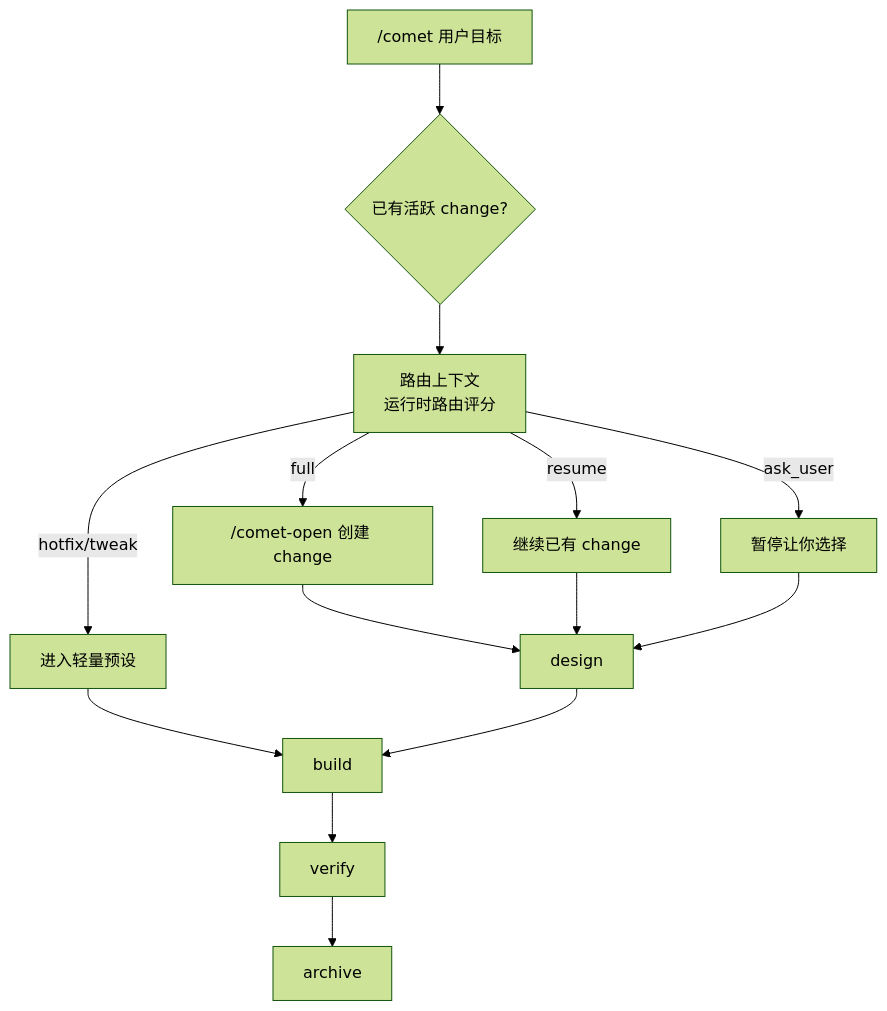
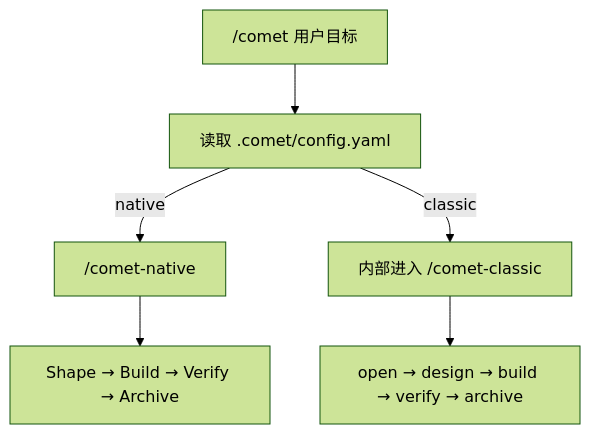
One commit to rpamis/comet-website-docs changed the diagram in zh/quickstart.mdx. Above: the diagram before and after it, drawn with Mermaid (forest theme). The commit also changed other lines of this file and 114 other files, not shown here.

````diff
--- a/zh/quickstart.mdx
+++ b/zh/quickstart.mdx
@@ -57,16 +68,8 @@
 ```mermaid
 flowchart TD
-  A["/comet 用户目标"] --> B{"已有活跃 change?"}
-  B --> R["路由上下文<br/>运行时路由评分"]
-  R -->|full| C["/comet-open 创建 change"]
-  R -->|hotfix/tweak| P["进入轻量预设"]
-  R -->|resume| D["继续已有 change"]
-  R -->|ask_user| E["暂停让你选择"]
-  C --> F["design"]
-  D --> F
-  E --> F
-  P --> G
-  F --> G["build"]
-  G --> H["verify"]
-  H --> I["archive"]
+  A["/comet 用户目标"] --> B["读取 .comet/config.yaml"]
+  B -->|native| N["/comet-native"]
+  B -->|classic| C["内部进入 /comet-classic"]
+  N --> NS["Shape → Build → Verify → Archive"]
+  C --> CS["open → design → build → verify → archive"]
 ```
````
